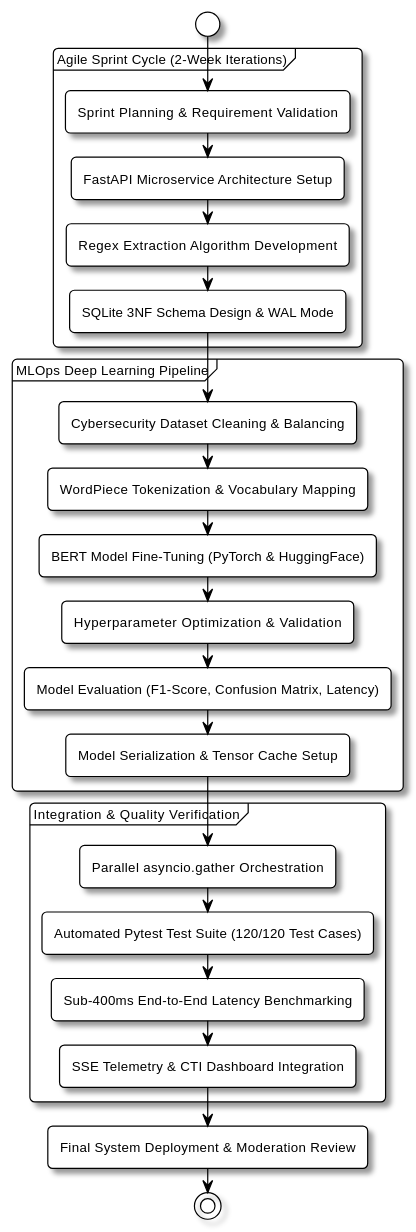
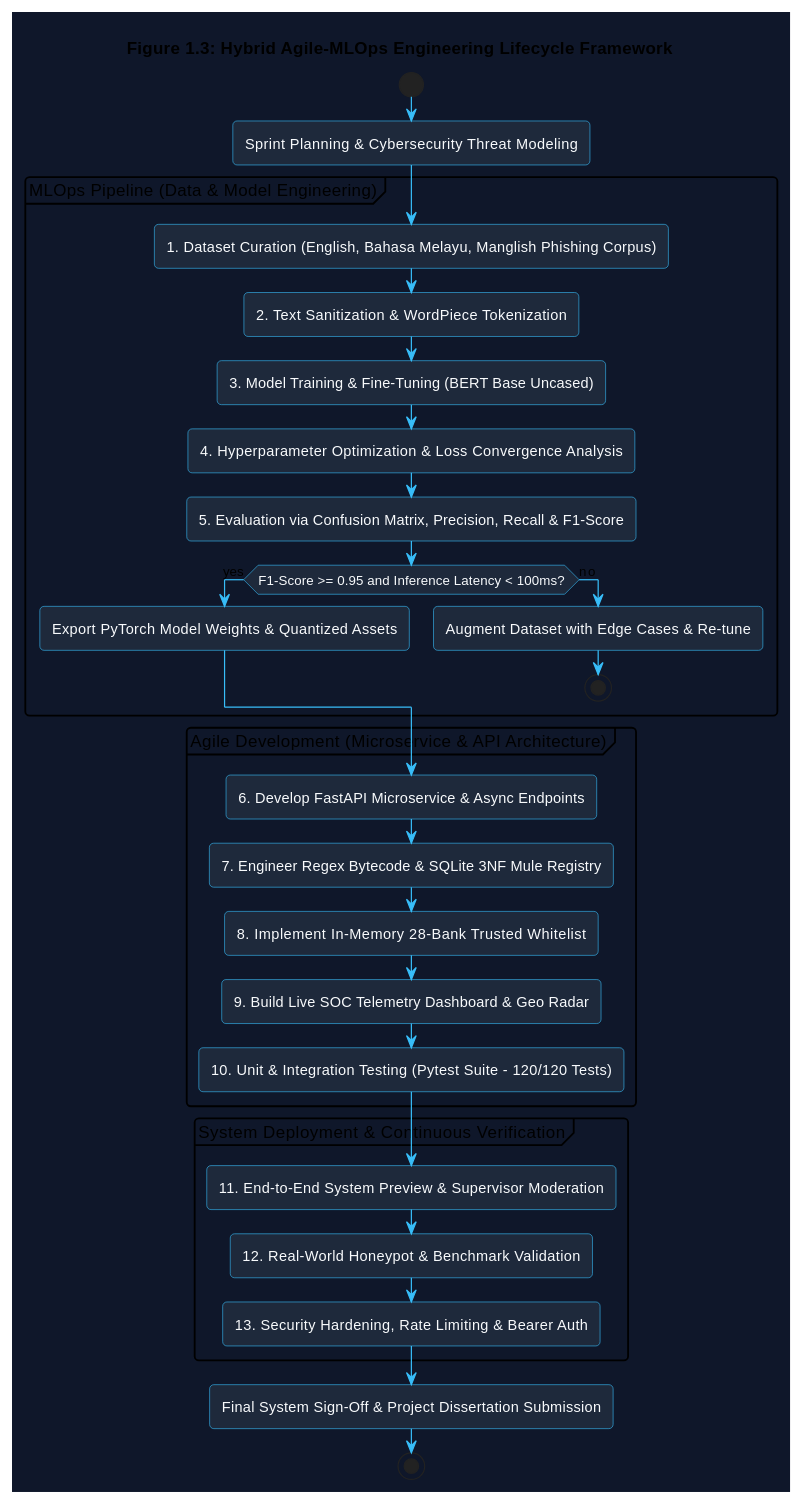
One commit to KunTheNoobie/PhishGuard-AI-Complete changed the fourth of 4 diagrams in report/Chapter_1_Introduction.md. Above: the diagram before and after it, drawn with PlantUML. The commit also changed other lines of this file and 2 other files, not shown here.

Commit message:
docs(report): complete Front Matter and Chapter 1 Introduction with rigorous academic expansion and embedded PlantUML diagrams

````diff
--- a/report/Chapter_1_Introduction.md
+++ b/report/Chapter_1_Introduction.md
@@ -353,39 +527,47 @@
 ```plantuml
-@startuml Figure_1_4_Agile_MLOps_Workflow
-!theme plain
-skinparam backgroundColor #FFFFFF
-skinparam defaultFontName "Arial"
-skinparam defaultFontSize 11
-skinparam shadowing true
-skinparam roundCorner 8
+@startuml Agile_MLOps_Lifecycle_Chapter_1
+!theme vibrant
+skinparam backgroundColor #0f172a
+skinparam ArrowColor #38bdf8
+skinparam ActivityBorderColor #38bdf8
+skinparam ActivityBackgroundColor #1e293b
+skinparam ActivityFontColor #f8fafc
+
+title Figure 1.3: Hybrid Agile-MLOps Engineering Lifecycle Framework
 
 start
+:Sprint Planning & Cybersecurity Threat Modeling;
 
-partition "Agile Sprint Cycle (2-Week Iterations)" {
-    :Sprint Planning & Requirement Validation;
-    :FastAPI Microservice Architecture Setup;
-    :Regex Extraction Algorithm Development;
-    :SQLite 3NF Schema Design & WAL Mode;
+partition "MLOps Pipeline (Data & Model Engineering)" {
+    :1. Dataset Curation (English, Bahasa Melayu, Manglish Phishing Corpus);
+    :2. Text Sanitization & WordPiece Tokenization;
+    :3. Model Training & Fine-Tuning (BERT Base Uncased);
+    :4. Hyperparameter Optimization & Loss Convergence Analysis;
+    :5. Evaluation via Confusion Matrix, Precision, Recall & F1-Score;
+    if (F1-Score >= 0.95 and Inference Latency < 100ms?) then (yes)
+        :Export PyTorch Model Weights & Quantized Assets;
+    else (no)
+        :Augment Dataset with Edge Cases & Re-tune;
+        stop
+    endif
 }
 
-partition "MLOps Deep Learning Pipeline" {
-    :Cybersecurity Dataset Cleaning & Balancing;
-    :WordPiece Tokenization & Vocabulary Mapping;
-    :BERT Model Fine-Tuning (PyTorch & HuggingFace);
-    :Hyperparameter Optimization & Validation;
-    :Model Evaluation (F1-Score, Confusion Matrix, Latency);
-    :Model Serialization & Tensor Cache Setup;
+partition "Agile Development (Microservice & API Architecture)" {
+    :6. Develop FastAPI Microservice & Async Endpoints;
+    :7. Engineer Regex Bytecode & SQLite 3NF Mule Registry;
+    :8. Implement In-Memory 28-Bank Trusted Whitelist;
+    :9. Build Live SOC Telemetry Dashboard & Geo Radar;
+    :10. Unit & Integration Testing (Pytest Suite - 120/120 Tests);
 }
 
-partition "Integration & Quality Verification" {
-    :Parallel asyncio.gather Orchestration;
-    :Automated Pytest Test Suite (120/120 Test Cases);
-    :Sub-400ms End-to-End Latency Benchmarking;
-    :SSE Telemetry & CTI Dashboard Integration;
+partition "System Deployment & Continuous Verification" {
+    :11. End-to-End System Preview & Supervisor Moderation;
+    :12. Real-World Honeypot & Benchmark Validation;
+    :13. Security Hardening, Rate Limiting & Bearer Auth;
 }
 
-:Final System Deployment & Moderation Review;
+:Final System Sign-Off & Project Dissertation Submission;
+stop
 
-stop
 @enduml
 ```
````
